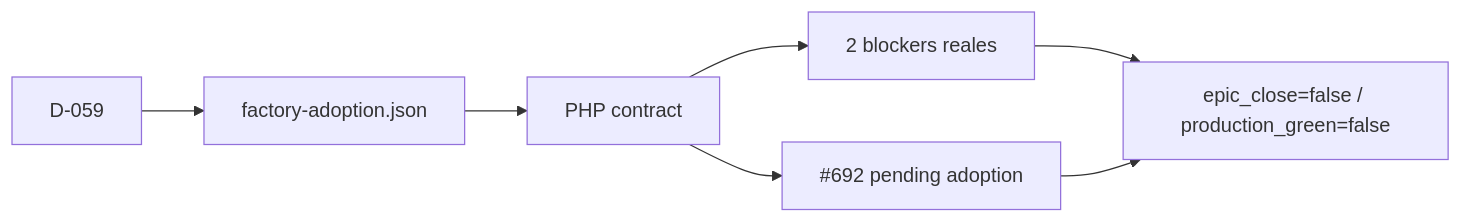
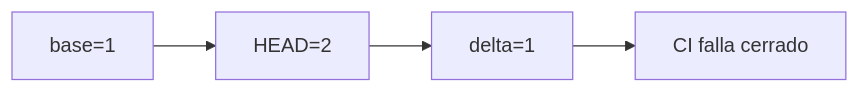
The diagram in README.md (pl0n3r/brvtal), drawn with Mermaid before and after one commit. The commit also changed other lines of this file and 2 other files, not shown here.

````diff
--- a/README.md
+++ b/README.md
@@ -52,9 +44,6 @@
 ```mermaid
 flowchart LR
-  D["D-059"] --> S["factory-adoption.json"]
-  S --> C["PHP contract"]
-  C --> B["2 blockers reales"]
-  C --> P["#692 pending adoption"]
-  B --> G["epic_close=false / production_green=false"]
-  P --> G
+  B["base=1"] --> H["HEAD=2"]
+  H --> D["delta=1"]
+  D --> C["CI falla cerrado"]
 ```
````
